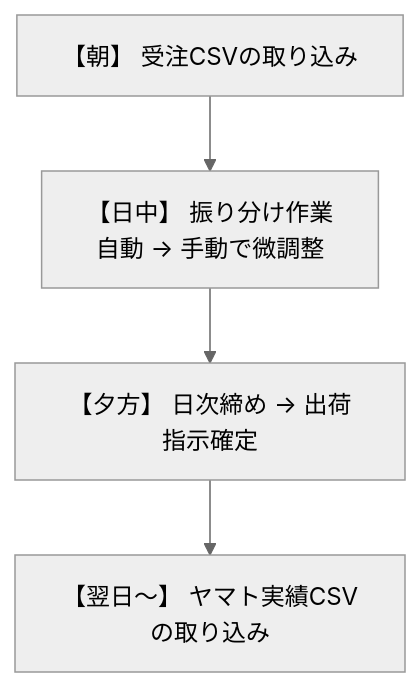
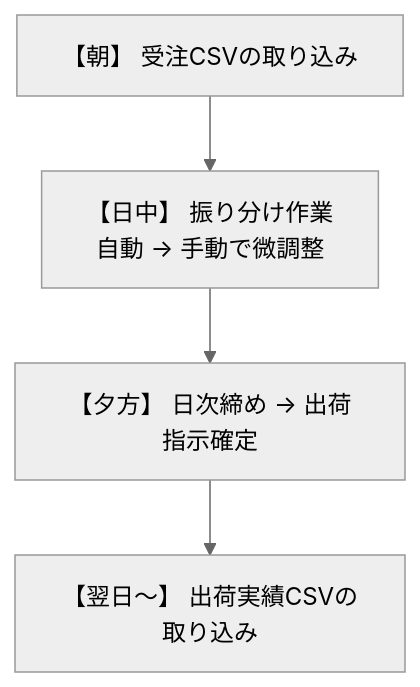
The second of 2 diagrams in src/manual/05_troubleshooting.md (totototo0526/arida-furusato-nozei), drawn with Mermaid (neutral theme) before and after one commit. The commit also changed 3 other files, not shown here.

````diff
--- a/src/manual/05_troubleshooting.md
+++ b/src/manual/05_troubleshooting.md
@@ -96,6 +96,6 @@
 ```mermaid
 flowchart TD
     A[【朝】 受注CSVの取り込み] --> B[【日中】 振り分け作業\n自動 → 手動で微調整]
     B --> C[【夕方】 日次締め → 出荷指示確定]
-    C --> D[【翌日〜】 ヤマト実績CSVの取り込み]
+    C --> D[【翌日〜】 出荷実績CSVの取り込み]
 ```
````
